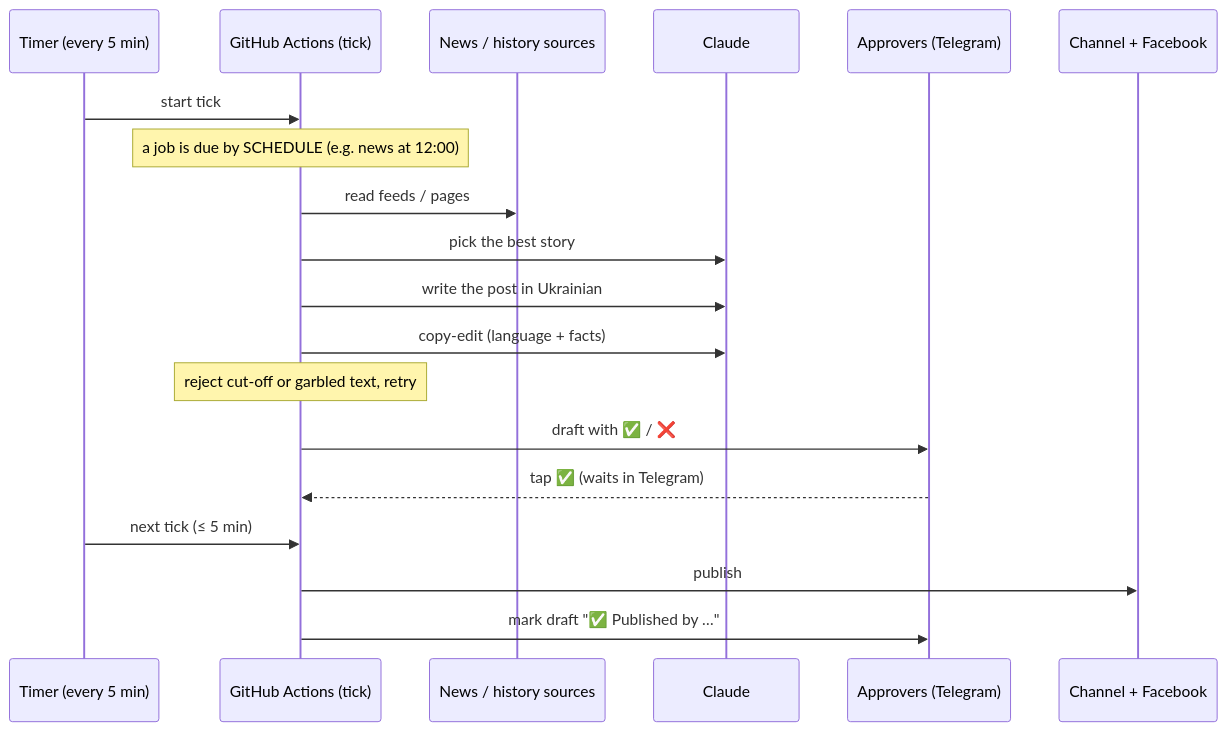
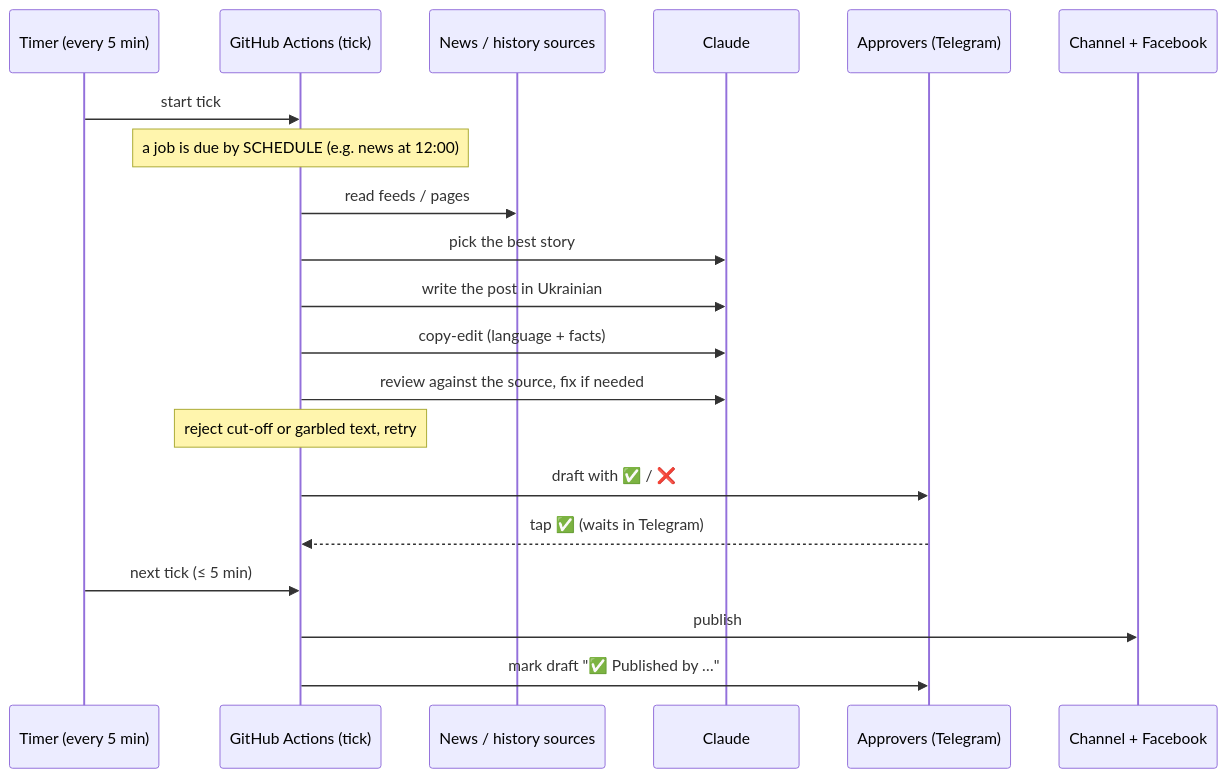
Before and after one commit to hitechparadigm/community-ai-autoposter: the second of 2 diagrams in README.md, drawn with Mermaid. The commit also changed other lines of this file and 3 other files, not shown here.

First line of the commit message:
Reviewer agent: checks every news post and long-read against its source, fixes or flags it

````diff
--- a/README.md
+++ b/README.md
@@ -102,21 +102,22 @@
 ```mermaid
 sequenceDiagram
     participant Tm as Timer (every 5 min)
     participant GA as GitHub Actions (tick)
     participant Src as News / history sources
     participant Cl as Claude
     participant Ap as Approvers (Telegram)
     participant Ch as Channel + Facebook
     Tm->>GA: start tick
     Note over GA: a job is due by SCHEDULE (e.g. news at 12:00)
     GA->>Src: read feeds / pages
     GA->>Cl: pick the best story
     GA->>Cl: write the post in Ukrainian
     GA->>Cl: copy-edit (language + facts)
+    GA->>Cl: review against the source, fix if needed
     Note over GA: reject cut-off or garbled text, retry
     GA->>Ap: draft with ✅ / ❌
     Ap-->>GA: tap ✅ (waits in Telegram)
     Tm->>GA: next tick (≤ 5 min)
     GA->>Ch: publish
     GA->>Ap: mark draft "✅ Published by …"
 ```
````
